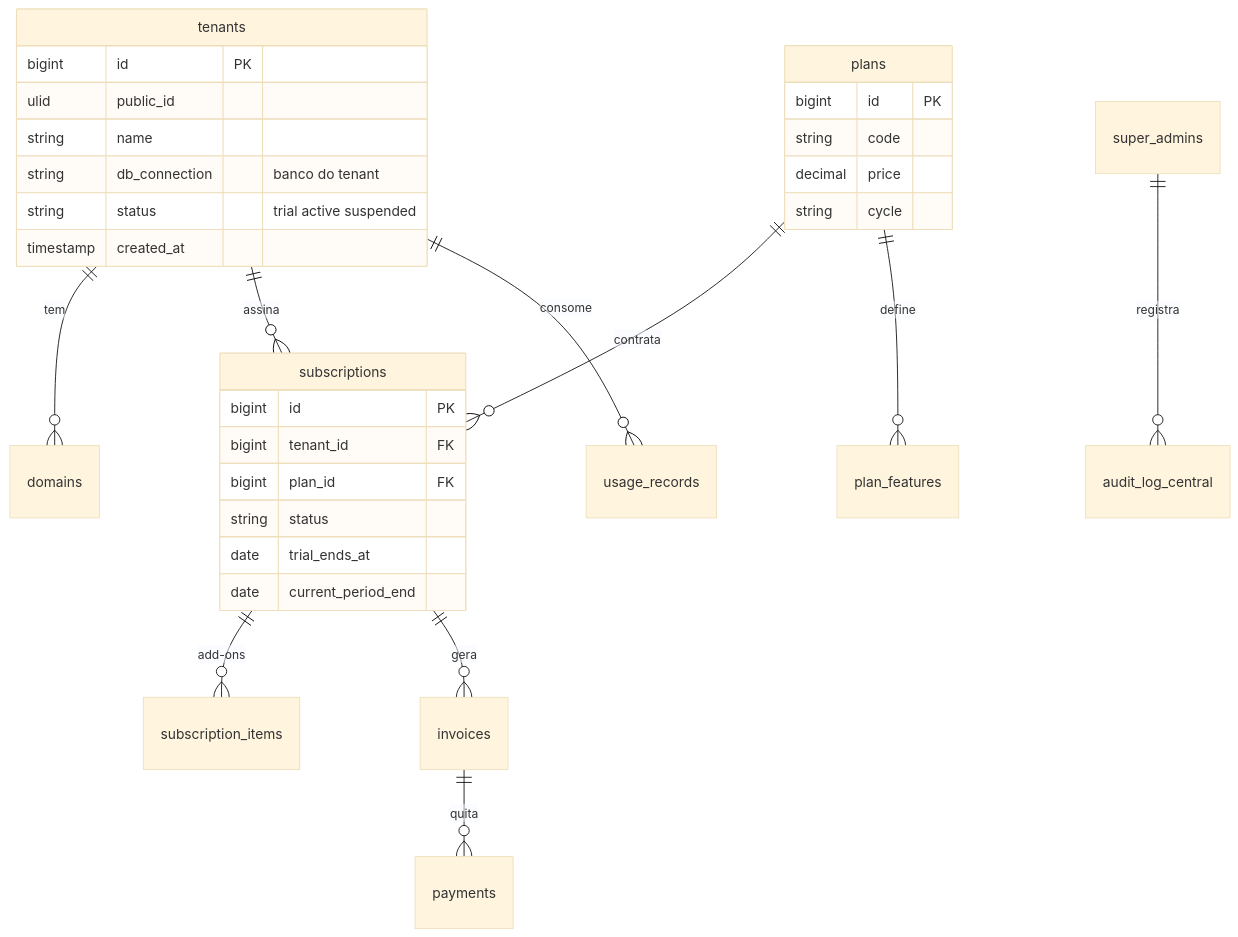
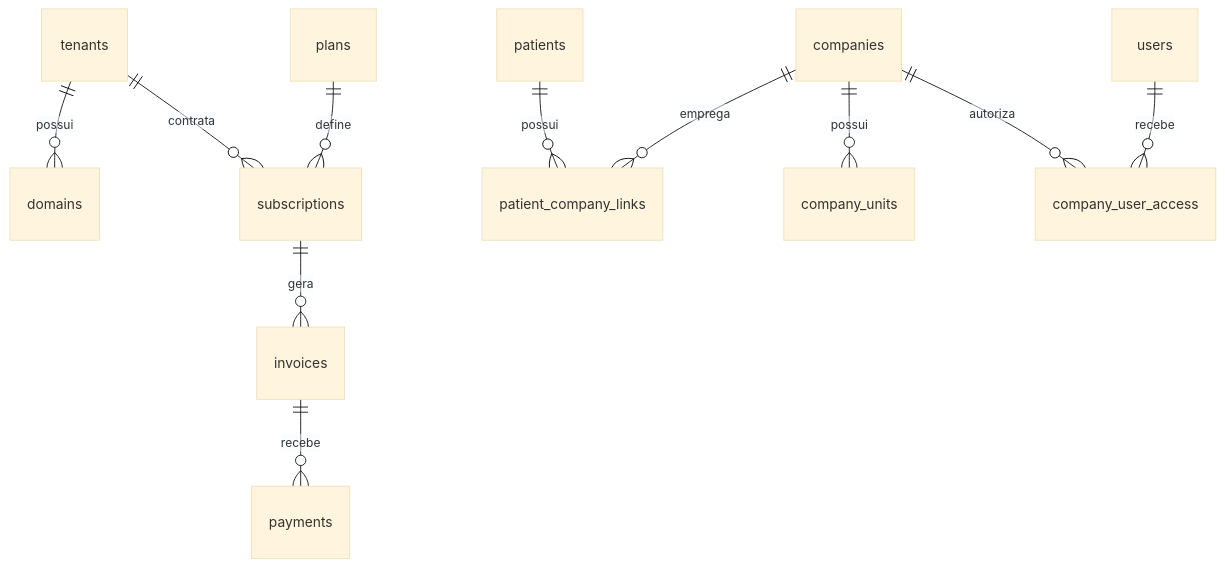
The first of 3 diagrams in docs/fluxos/12-novo-schema-unificado.md (andreandradecarvalho/novo-sistema-clinica), drawn with Mermaid (base theme) before and after one commit. The commit also changed other lines of this file and 153 other files, not shown here.

First line of the commit message:
Add .gitignore files for storage and tests, implement feature tests for tenant context and user authentication

````diff
--- a/docs/fluxos/12-novo-schema-unificado.md
+++ b/docs/fluxos/12-novo-schema-unificado.md
@@ -15,34 +16,13 @@
 ```mermaid
 erDiagram
-  tenants ||--o{ domains : tem
-  tenants ||--o{ subscriptions : assina
-  plans ||--o{ subscriptions : contrata
-  plans ||--o{ plan_features : define
-  subscriptions ||--o{ subscription_items : add-ons
+  tenants ||--o{ domains : possui
+  tenants ||--o{ subscriptions : contrata
+  plans ||--o{ subscriptions : define
   subscriptions ||--o{ invoices : gera
-  invoices ||--o{ payments : quita
-  tenants ||--o{ usage_records : consome
-  super_admins ||--o{ audit_log_central : registra
-  tenants {
-    bigint id PK
-    ulid public_id
-    string name
-    string db_connection "banco do tenant"
-    string status "trial active suspended"
-    timestamp created_at
-  }
-  plans {
-    bigint id PK
-    string code
-    decimal price
-    string cycle
-  }
-  subscriptions {
-    bigint id PK
-    bigint tenant_id FK
-    bigint plan_id FK
-    string status
-    date trial_ends_at
-    date current_period_end
-  }
+  invoices ||--o{ payments : recebe
+  patients ||--o{ patient_company_links : possui
+  companies ||--o{ patient_company_links : emprega
+  companies ||--o{ company_units : possui
+  users ||--o{ company_user_access : recebe
+  companies ||--o{ company_user_access : autoriza
 ```
````
